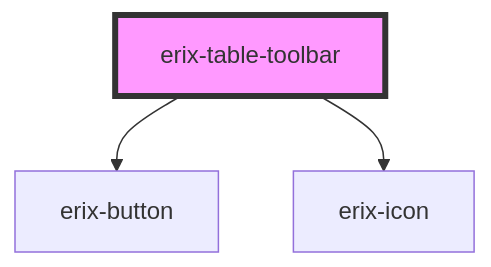
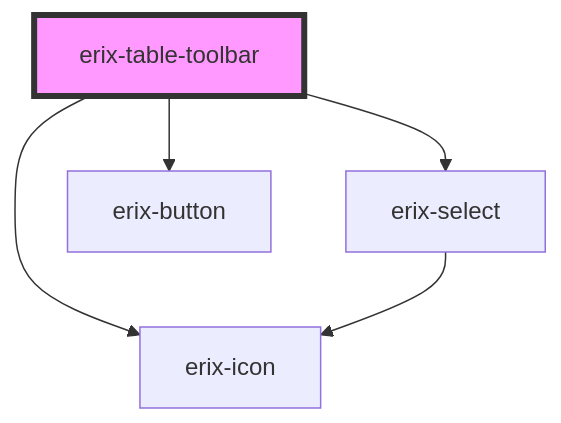
One commit to NopeThisIsShini/erix_editor changed the diagram in src/components/ui/table-toolbar/readme.md. Above: the diagram before and after it, drawn with Mermaid. The commit also changed other lines of this file and 17 other files, not shown here.

Commit message:
modify table-toolbar

````diff
--- a/src/components/ui/table-toolbar/readme.md
+++ b/src/components/ui/table-toolbar/readme.md
@@ -32,6 +37,8 @@
 ```mermaid
 graph TD;
+  erix-table-toolbar --> erix-select
   erix-table-toolbar --> erix-button
   erix-table-toolbar --> erix-icon
+  erix-select --> erix-icon
   style erix-table-toolbar fill:#f9f,stroke:#333,stroke-width:4px
 ```
````
